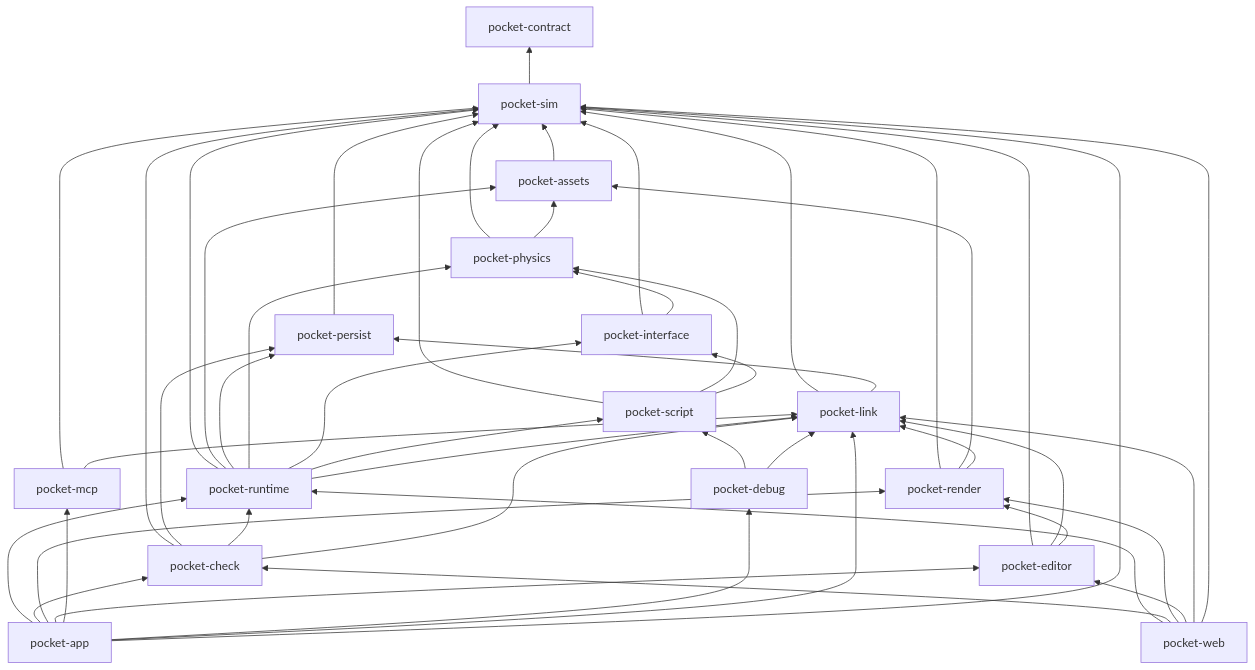
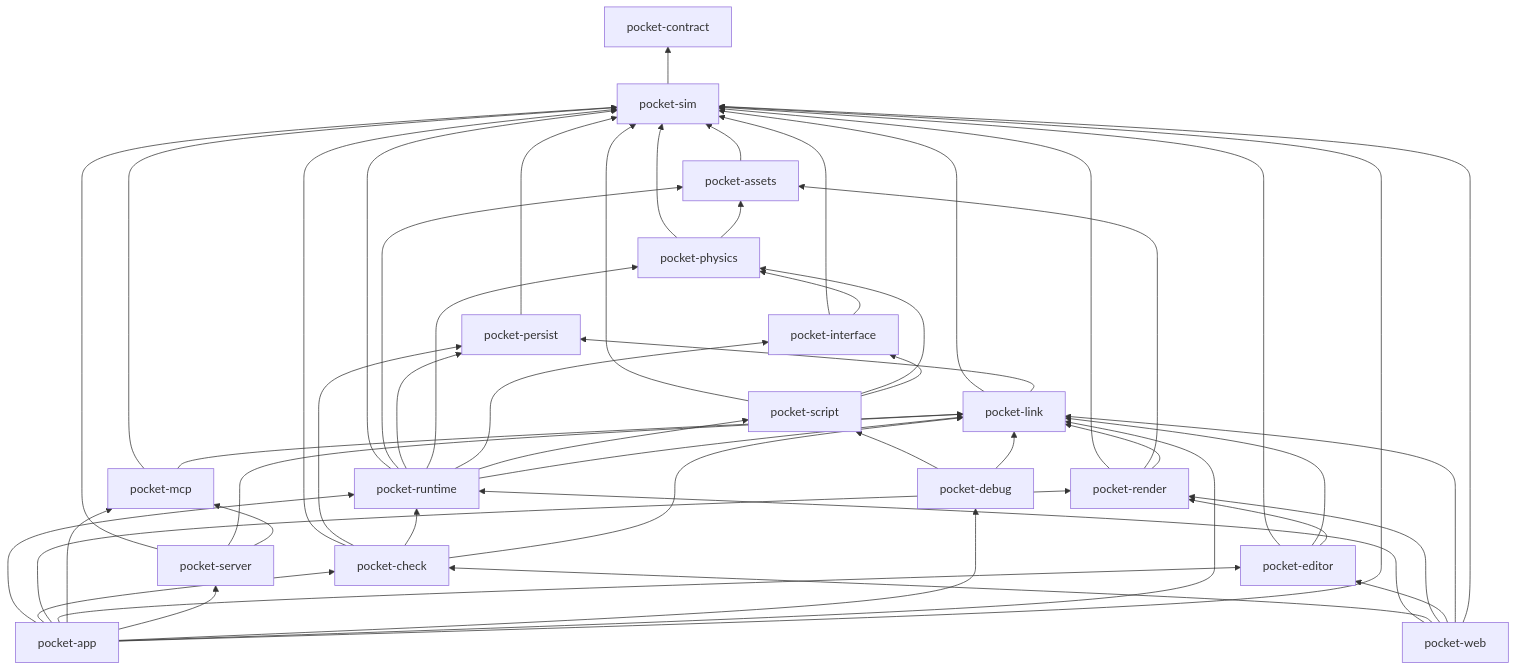
Before and after one commit to qiulinfan/amoris: the diagram in docs/spec/architecture.md, drawn with Mermaid. The commit also changed other lines of this file and 5 other files, not shown here.

First line of the commit message:
docs/spec/server.md: the host protocol as built; host-protocol.md and architecture.md updated

````diff
--- a/docs/spec/architecture.md
+++ b/docs/spec/architecture.md
@@ -364,24 +382,25 @@
 ```mermaid
 flowchart BT
     contract[pocket-contract]
     sim[pocket-sim] --> contract
     assets[pocket-assets] --> sim
     persist[pocket-persist] --> sim
     physics[pocket-physics] --> sim
     physics --> assets
     interface[pocket-interface] --> sim
     interface --> physics
     script[pocket-script] --> sim
     script --> physics
     script --> interface
     link[pocket-link] --> sim
     link --> persist
     runtime[pocket-runtime] --> sim & assets & persist & physics & interface & script & link
     check[pocket-check] --> sim & persist & runtime & link
     render[pocket-render] --> sim & assets & link
     editor[pocket-editor] --> sim & link & render
     mcp[pocket-mcp] --> sim & link
+    server[pocket-server] --> sim & link & mcp
     debug[pocket-debug] --> script & link
-    app[pocket-app] --> runtime & check & render & editor & mcp & debug & link & sim
+    app[pocket-app] --> runtime & check & render & editor & mcp & server & debug & link & sim
     web[pocket-web] --> runtime & check & render & editor & link & sim
 ```
````
